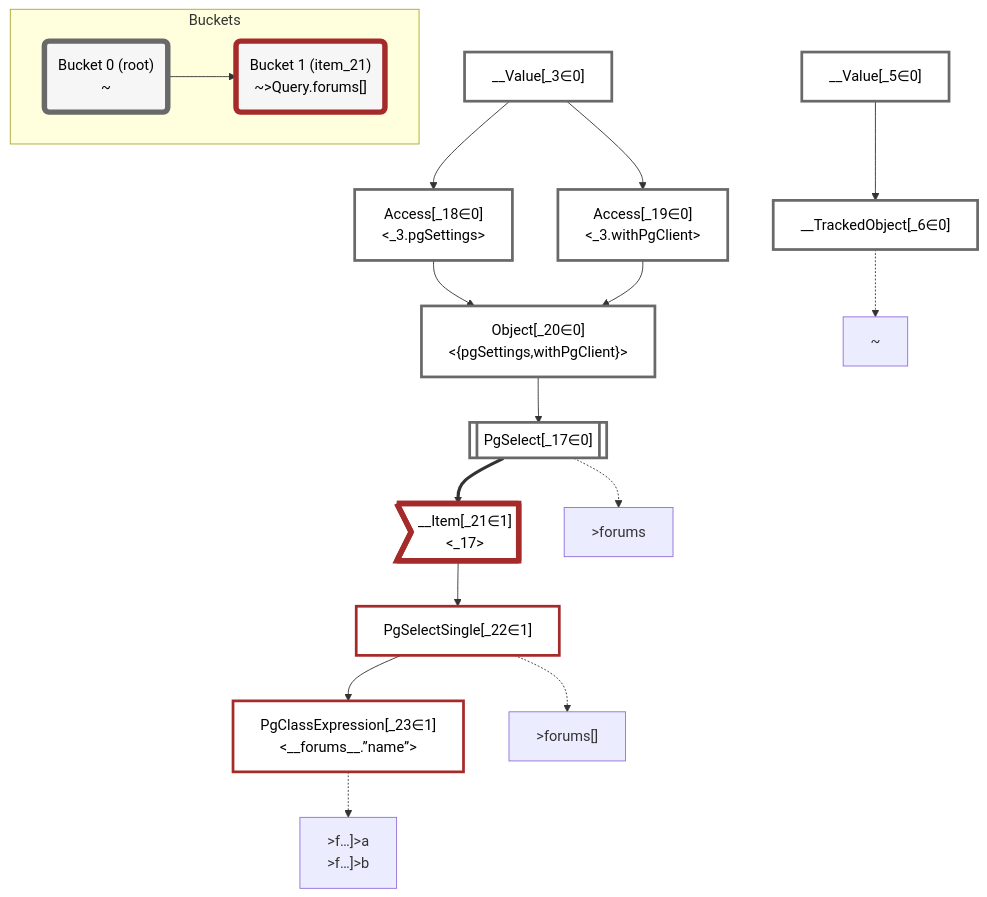
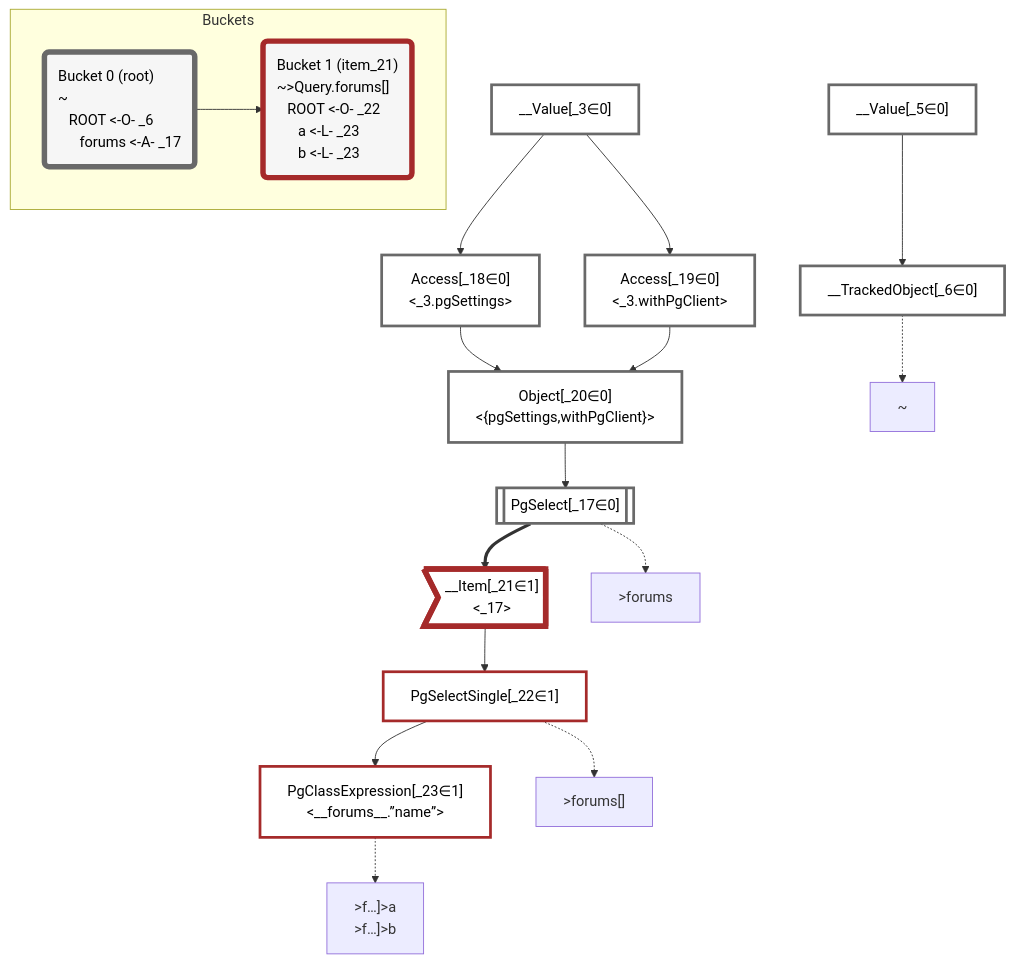
Before and after one commit to graphile/crystal: the diagram in packages/dataplan-pg/__tests__/queries/super-simple/field-aliases.deopt.mermaid.md, drawn with Mermaid. The commit also changed 195 other files, not shown here.

````diff
--- a/packages/dataplan-pg/__tests__/queries/super-simple/field-aliases.deopt.mermaid.md
+++ b/packages/dataplan-pg/__tests__/queries/super-simple/field-aliases.deopt.mermaid.md
@@ -1,56 +1,56 @@
 ```mermaid
 graph TD
     classDef path fill:#eee,stroke:#000,color:#000
     classDef plan fill:#fff,stroke-width:3px,color:#000
     classDef itemplan fill:#fff,stroke-width:6px,color:#000
     classDef sideeffectplan fill:#f00,stroke-width:6px,color:#000
-    classDef bucket fill:#f6f6f6,color:#000,stroke-width:6px
+    classDef bucket fill:#f6f6f6,color:#000,stroke-width:6px,text-align:left
 
 
     %% define plans
     __Value_3["__Value[_3∈0]<br /><context>"]:::plan
     __Value_5["__Value[_5∈0]<br /><rootValue>"]:::plan
     __TrackedObject_6["__TrackedObject[_6∈0]"]:::plan
     PgSelect_17[["PgSelect[_17∈0]<br /><forums>"]]:::plan
     Access_18["Access[_18∈0]<br /><_3.pgSettings>"]:::plan
     Access_19["Access[_19∈0]<br /><_3.withPgClient>"]:::plan
     Object_20["Object[_20∈0]<br /><{pgSettings,withPgClient}>"]:::plan
     __Item_21>"__Item[_21∈1]<br /><_17>"]:::itemplan
     PgSelectSingle_22["PgSelectSingle[_22∈1]<br /><forums>"]:::plan
     PgClassExpression_23["PgClassExpression[_23∈1]<br /><__forums__.”name”>"]:::plan
 
     %% plan dependencies
     __Value_5 --> __TrackedObject_6
     Object_20 --> PgSelect_17
     __Value_3 --> Access_18
     __Value_3 --> Access_19
     Access_18 --> Object_20
     Access_19 --> Object_20
     PgSelect_17 ==> __Item_21
     __Item_21 --> PgSelectSingle_22
     PgSelectSingle_22 --> PgClassExpression_23
 
     %% plan-to-path relationships
     P_6["~"]
     __TrackedObject_6 -.-> P_6
     P_17[">forums"]
     PgSelect_17 -.-> P_17
     P_22[">forums[]"]
     PgSelectSingle_22 -.-> P_22
     P_23[">f…]>a<br />>f…]>b"]
     PgClassExpression_23 -.-> P_23
 
     %% allocate buckets
     classDef bucket0 stroke:#696969
     class __Value_3,__Value_5,__TrackedObject_6,PgSelect_17,Access_18,Access_19,Object_20 bucket0
     classDef bucket1 stroke:#a52a2a
     class __Item_21,PgSelectSingle_22,PgClassExpression_23 bucket1
 
     subgraph Buckets
-    Bucket0("Bucket 0 (root)<br />~"):::bucket
+    Bucket0("Bucket 0 (root)<br />~<br />⠀ROOT <-O- _6<br />⠀⠀forums <-A- _17"):::bucket
     style Bucket0 stroke:#696969
-    Bucket1("Bucket 1 (item_21)<br />~>Query.forums[]"):::bucket
+    Bucket1("Bucket 1 (item_21)<br />~>Query.forums[]<br />⠀ROOT <-O- _22<br />⠀⠀a <-L- _23<br />⠀⠀b <-L- _23"):::bucket
     style Bucket1 stroke:#a52a2a
     Bucket0 --> Bucket1
     end
 ```
````
